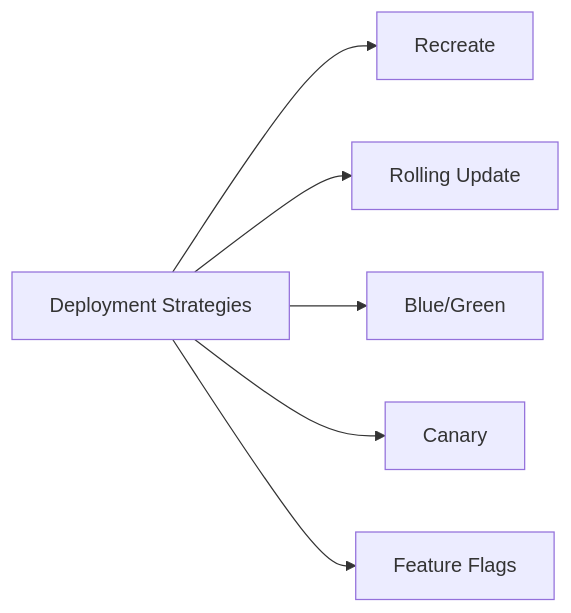
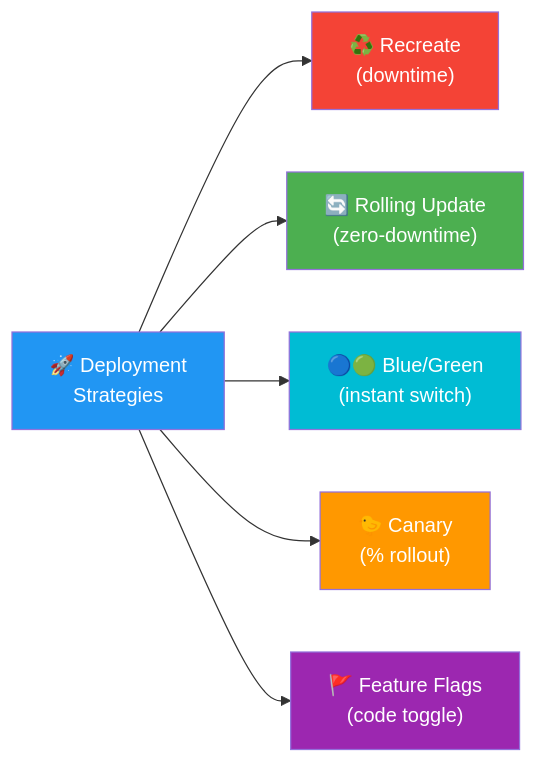
The first of 8 diagrams in 8-CICD/Subchapter_8.3/8.3.1_Deployment_Strategies_Explained.md (VidhyadharanSS/PlatformEngineeringNotes), drawn with Mermaid before and after one commit. The commit also changed other lines of this file and 197 other files, not shown here.

````diff
--- a/8-CICD/Subchapter_8.3/8.3.1_Deployment_Strategies_Explained.md
+++ b/8-CICD/Subchapter_8.3/8.3.1_Deployment_Strategies_Explained.md
@@ -19,8 +23,15 @@
 ```mermaid
-graph LR
-    A[Deployment Strategies] --> B[Recreate]
-    A --> C[Rolling Update]
-    A --> D[Blue/Green]
-    A --> E[Canary]
-    A --> F[Feature Flags]
+flowchart LR
+    A["🚀 Deployment\nStrategies"] --> B["♻️ Recreate\n(downtime)"]
+    A --> C["🔄 Rolling Update\n(zero-downtime)"]
+    A --> D["🔵🟢 Blue/Green\n(instant switch)"]
+    A --> E["🐤 Canary\n(% rollout)"]
+    A --> F["🚩 Feature Flags\n(code toggle)"]
+
+    style A fill:#2196F3,color:#fff
+    style B fill:#f44336,color:#fff
+    style C fill:#4CAF50,color:#fff
+    style D fill:#00BCD4,color:#fff
+    style E fill:#FF9800,color:#fff
+    style F fill:#9C27B0,color:#fff
 ```
````
